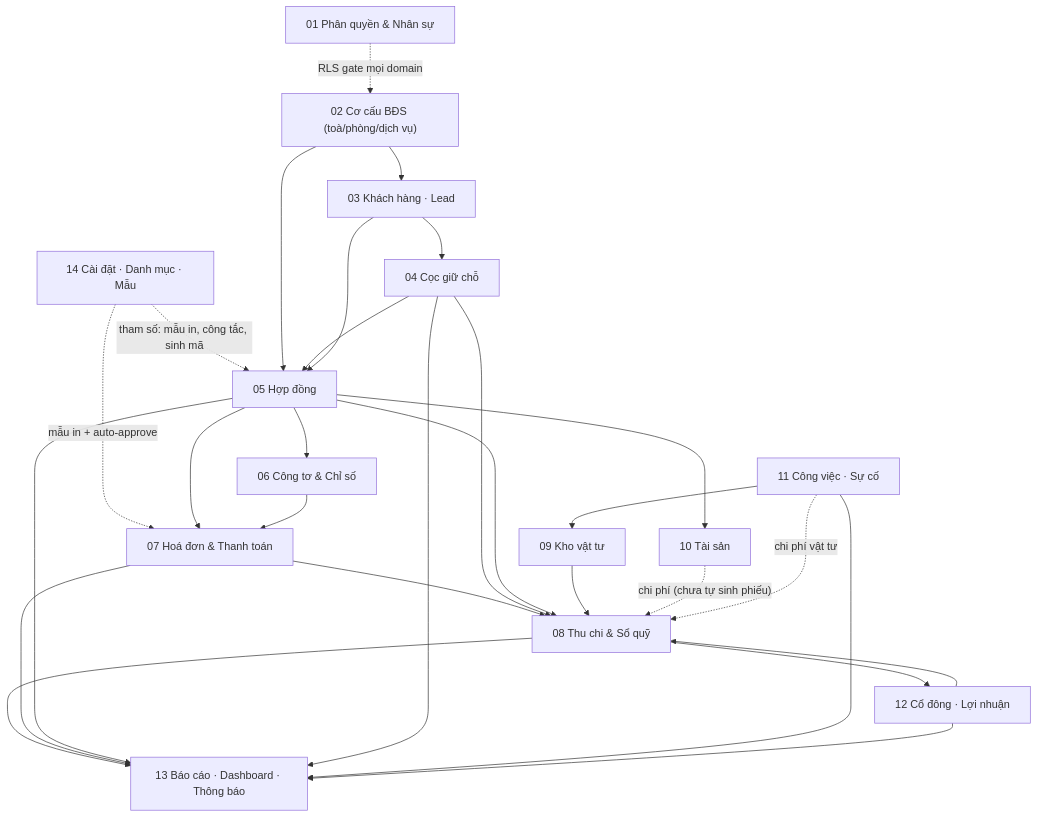
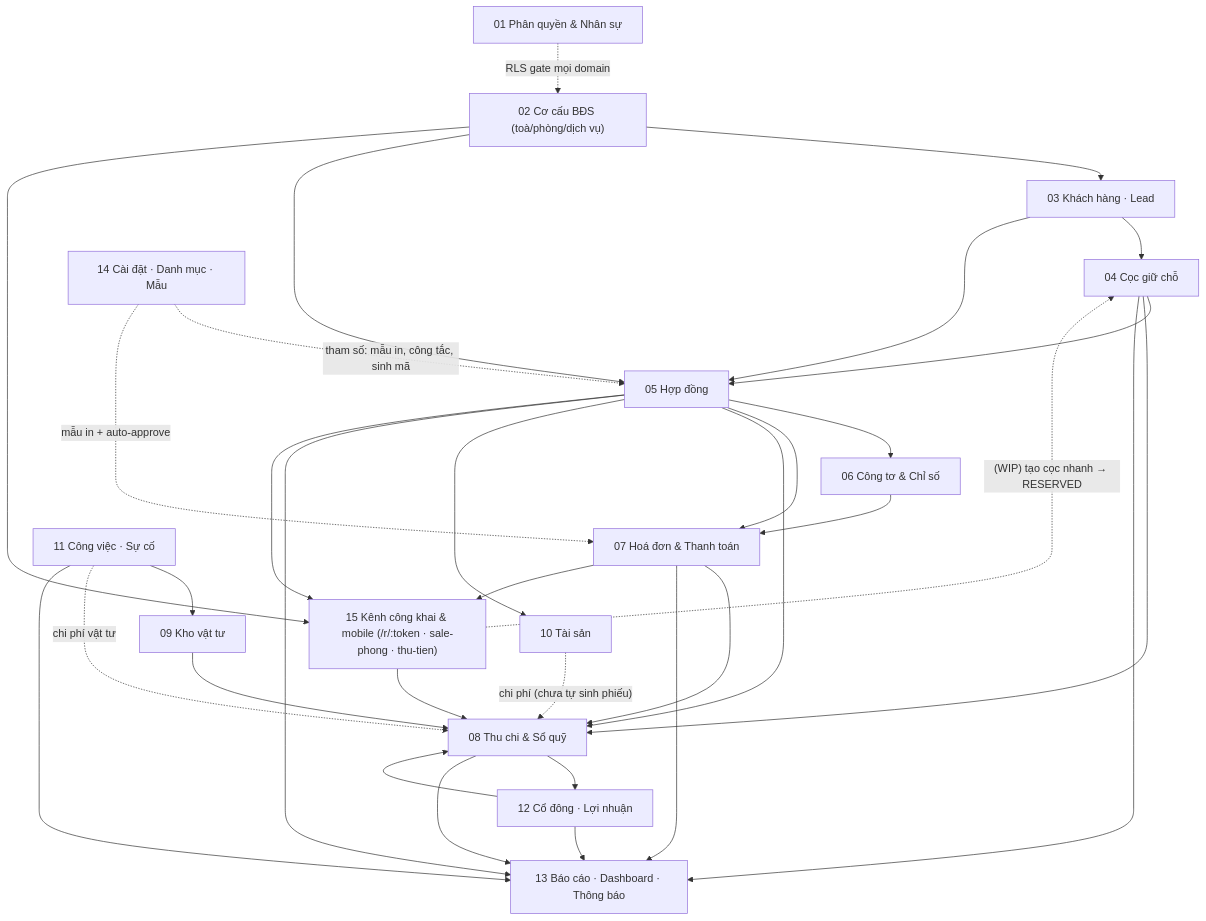
The fourth of 4 diagrams in docs/he-thong/00-tong-quan.md (zxGreenxz/whiteboard-ihomecrm), drawn with Mermaid before and after one commit. The commit also changed other lines of this file and 17 other files, not shown here.

First line of the commit message:
docs(he-thong): audit toàn bộ 17 doc vs code + thêm domain 15 kênh công khai

````diff
--- a/docs/he-thong/00-tong-quan.md
+++ b/docs/he-thong/00-tong-quan.md
@@ -225,46 +233,52 @@
 ```mermaid
 flowchart TD
   d01["01 Phân quyền & Nhân sự"]
   d02["02 Cơ cấu BĐS (toà/phòng/dịch vụ)"]
   d03["03 Khách hàng · Lead"]
   d04["04 Cọc giữ chỗ"]
   d05["05 Hợp đồng"]
   d06["06 Công tơ & Chỉ số"]
   d07["07 Hoá đơn & Thanh toán"]
   d08["08 Thu chi & Sổ quỹ"]
   d09["09 Kho vật tư"]
   d10["10 Tài sản"]
   d11["11 Công việc · Sự cố"]
   d12["12 Cổ đông · Lợi nhuận"]
   d13["13 Báo cáo · Dashboard · Thông báo"]
   d14["14 Cài đặt · Danh mục · Mẫu"]
+  d15["15 Kênh công khai & mobile (/r/:token · sale-phong · thu-tien)"]
 
   d01 -.->|"RLS gate mọi domain"| d02
   d14 -.->|"tham số: mẫu in, công tắc, sinh mã"| d05
   d14 -.->|"mẫu in + auto-approve"| d07
 
   d02 --> d03
   d02 --> d05
   d03 --> d04
   d04 --> d05
   d03 --> d05
   d05 --> d06
   d05 --> d07
   d06 --> d07
   d07 --> d08
   d04 --> d08
   d05 --> d08
   d11 --> d09
   d09 --> d08
   d10 -.->|"chi phí (chưa tự sinh phiếu)"| d08
   d05 --> d10
   d11 -.->|"chi phí vật tư"| d08
   d08 --> d12
   d08 --> d13
   d07 --> d13
   d05 --> d13
   d04 --> d13
   d11 --> d13
   d12 --> d13
   d12 --> d08
+  d02 --> d15
+  d05 --> d15
+  d07 --> d15
+  d15 --> d08
+  d15 -.->|"(WIP) tạo cọc nhanh → RESERVED"| d04
 ```
````
